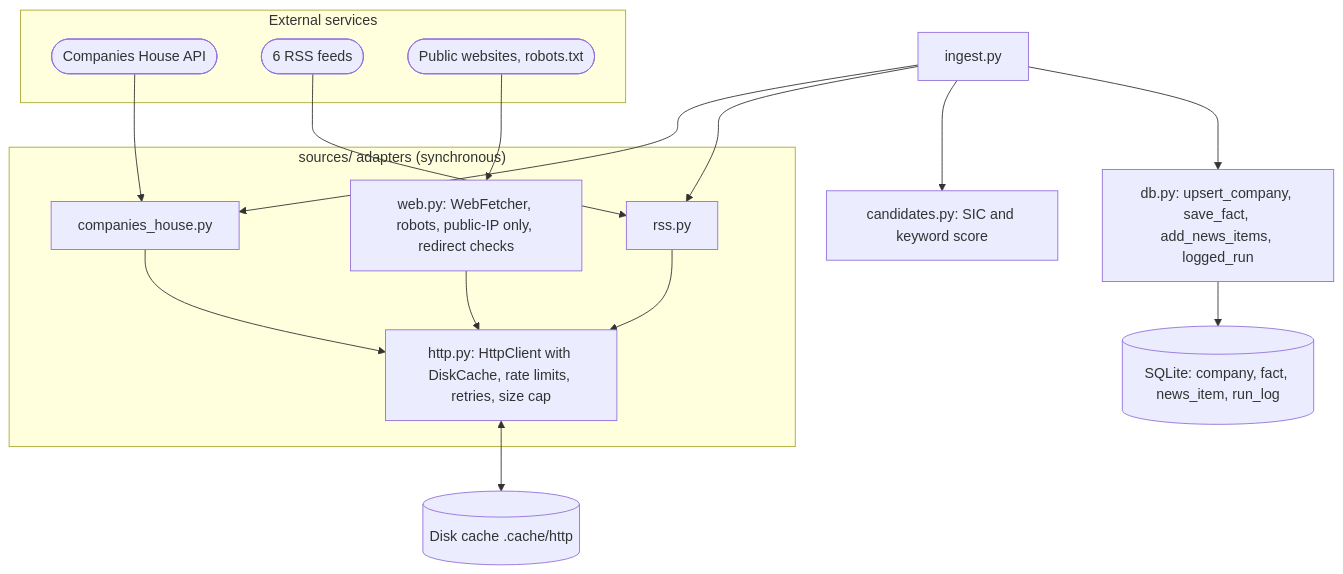
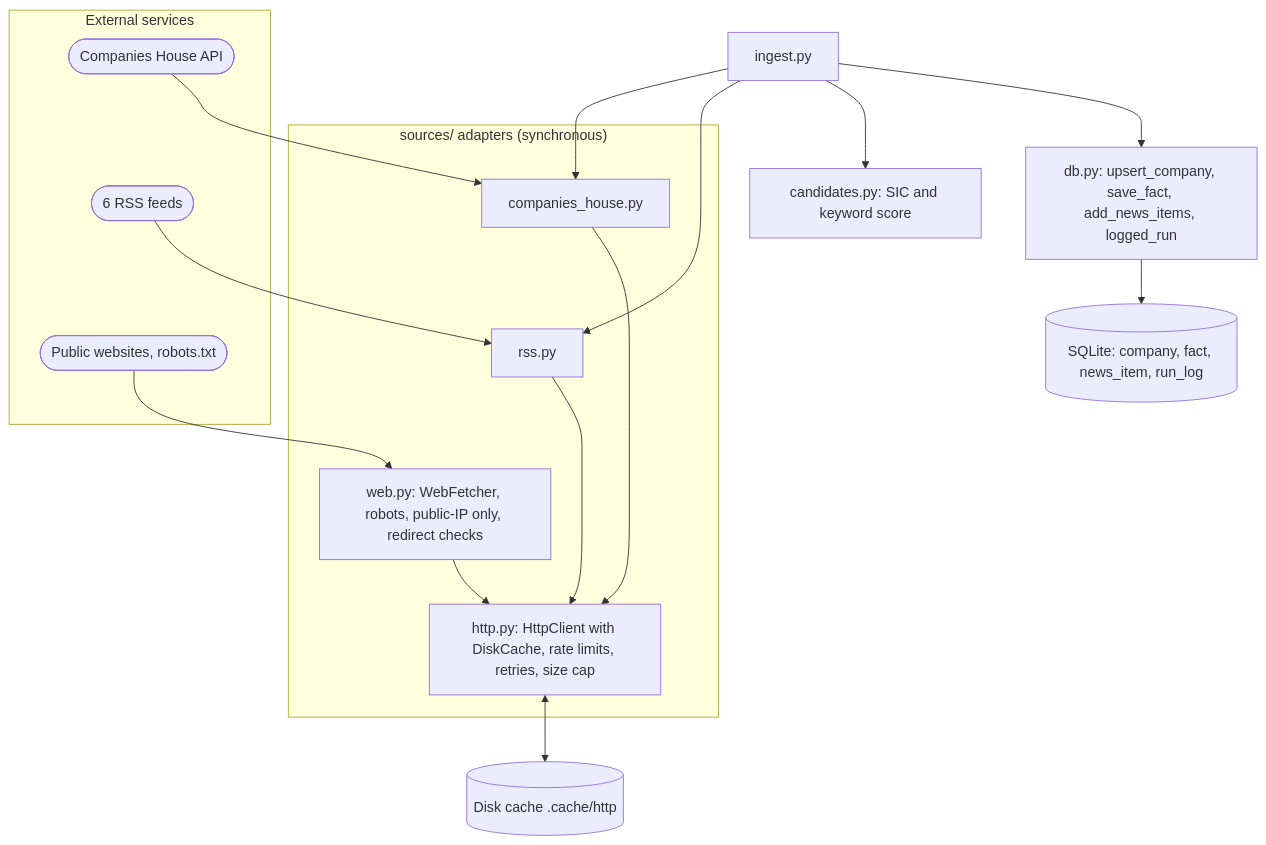
One commit to Farzaanee/sprout changed the diagram in docs/architecture/phase-1-data-foundations.md. Above: the diagram before and after it, drawn with Mermaid. The commit also changed 5 other files, not shown here.

Commit message:
adjust the diagrams

````diff
--- a/docs/architecture/phase-1-data-foundations.md
+++ b/docs/architecture/phase-1-data-foundations.md
@@ -5,31 +5,36 @@
 ```mermaid
 flowchart TB
     subgraph EXT["External services"]
         CH(["Companies House API"])
         RSSF(["6 RSS feeds"])
         WEB(["Public websites, robots.txt"])
+        CH ~~~ RSSF
+        RSSF ~~~ WEB
     end
     subgraph SRC["sources/ adapters (synchronous)"]
-        HTTP["http.py: HttpClient with DiskCache, rate limits, retries, size cap"]
         CHC["companies_house.py"]
         RSS["rss.py"]
         WF["web.py: WebFetcher, robots, public-IP only, redirect checks"]
+        HTTP["http.py: HttpClient with DiskCache, rate limits, retries, size cap"]
+        CHC ~~~ RSS
+        RSS ~~~ WF
+        WF ~~~ HTTP
     end
     CAND["candidates.py: SIC and keyword score"]
     ING["ingest.py"]
     DBM["db.py: upsert_company, save_fact, add_news_items, logged_run"]
     SQL[("SQLite: company, fact, news_item, run_log")]
     CACHE[("Disk cache .cache/http")]
     CH --> CHC
     RSSF --> RSS
     WEB --> WF
     CHC --> HTTP
     RSS --> HTTP
     WF --> HTTP
     HTTP <--> CACHE
     ING --> CHC
     ING --> RSS
     ING --> CAND
     ING --> DBM
     DBM --> SQL
 ```
````
